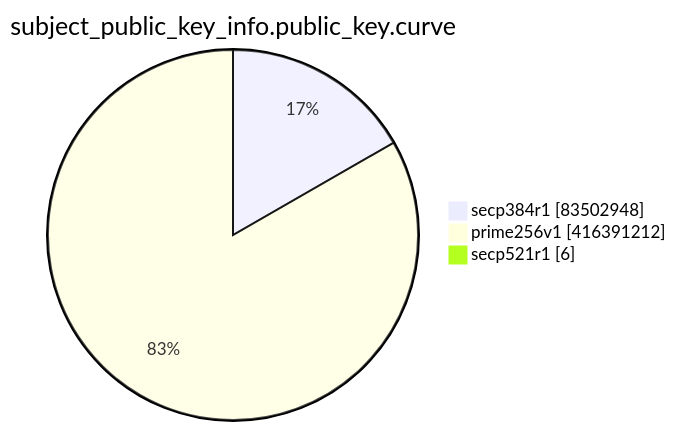
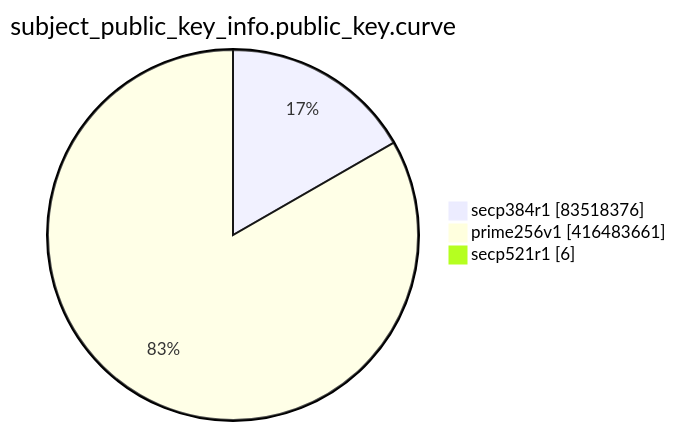
The eighth of 15 diagrams in TOTAL/README.md (christiankrug/ctmonitor_visualization), drawn with Mermaid before and after one commit. The commit also changed other lines of this file, not shown here.

````diff
--- a/TOTAL/README.md
+++ b/TOTAL/README.md
@@ -3098,7 +3098,7 @@
 ```mermaid
 pie showData
 title subject_public_key_info.public_key.curve
-"secp384r1" :83502948
-"prime256v1" :416391212
+"secp384r1" :83518376
+"prime256v1" :416483661
 "secp521r1" :6
 ```
````
